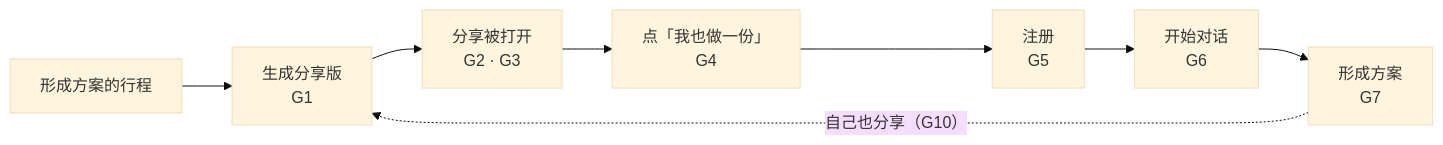
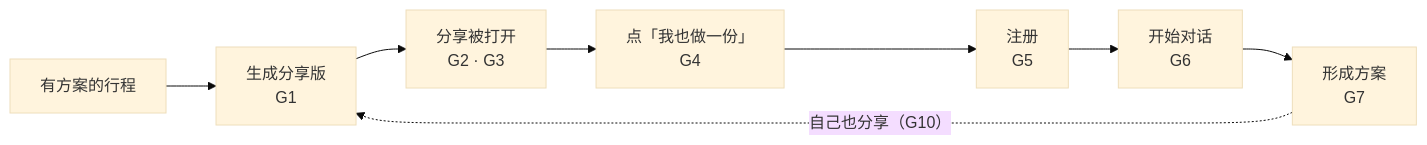
One commit to JohnMaxwell0123/TripCraft changed the first of 3 diagrams in docs/delivery/DLV-04-metrics-and-data-collection.md. Above: the diagram before and after it, drawn with Mermaid (base theme). The commit also changed other lines of this file, not shown here.

````diff
--- a/docs/delivery/DLV-04-metrics-and-data-collection.md
+++ b/docs/delivery/DLV-04-metrics-and-data-collection.md
@@ -67,10 +67,10 @@
 ```mermaid
 flowchart LR
-    P["形成方案的行程"] --> SV["生成分享版<br/>G1"]
+    P["有方案的行程"] --> SV["生成分享版<br/>G1"]
     SV --> OP["分享被打开<br/>G2 · G3"]
     OP --> CK["点「我也做一份」<br/>G4"]
     CK --> SU["注册<br/>G5"]
     SU --> DL["开始对话<br/>G6"]
     DL --> PL["形成方案<br/>G7"]
     PL -.->|"自己也分享（G10）"| SV
 ```
````
